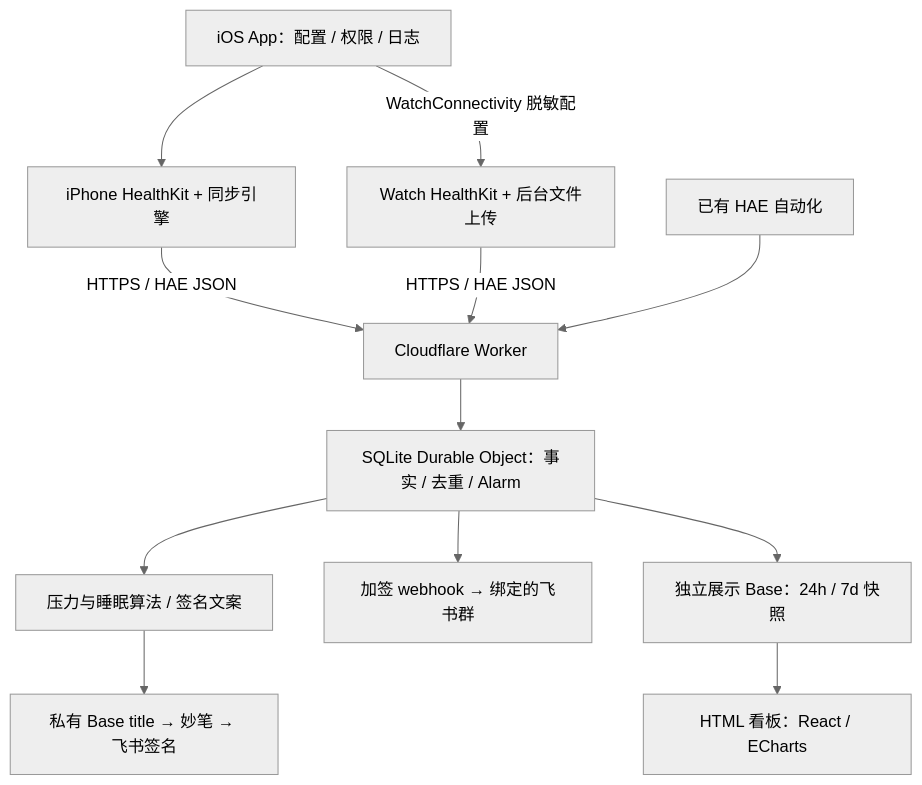
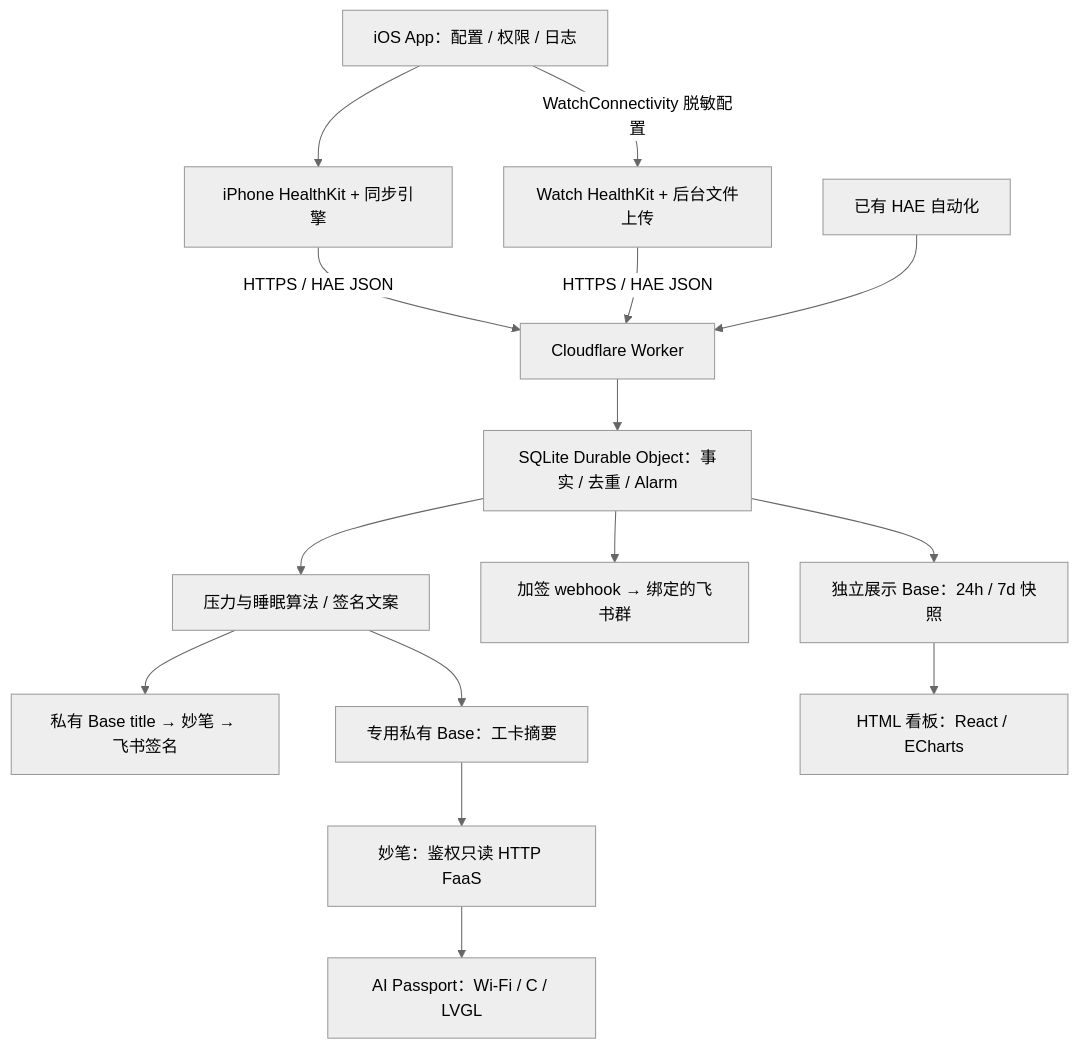
Before and after one commit to Julian0197/health-relay: the diagram in README.md, drawn with Mermaid (neutral theme). The commit also changed other lines of this file and 34 other files, not shown here.

````diff
--- a/README.md
+++ b/README.md
@@ -29,14 +30,17 @@
 ```mermaid
 flowchart TD
     Config[iOS App：配置 / 权限 / 日志] --> Phone[iPhone HealthKit + 同步引擎]
     Config -->|WatchConnectivity 脱敏配置| Watch[Watch HealthKit + 后台文件上传]
     Phone -->|HTTPS / HAE JSON| Worker[Cloudflare Worker]
     Watch -->|HTTPS / HAE JSON| Worker
     HAE[已有 HAE 自动化] --> Worker
     Worker --> Store[SQLite Durable Object：事实 / 去重 / Alarm]
     Store --> Score[压力与睡眠算法 / 签名文案]
     Score --> Signature[私有 Base title → 妙笔 → 飞书签名]
     Store --> Card[加签 webhook → 绑定的飞书群]
     Store --> Display[独立展示 Base：24h / 7d 快照]
     Display --> HTML[HTML 看板：React / ECharts]
+    Score --> BadgeCache[专用私有 Base：工卡摘要]
+    BadgeCache --> BadgeReader[妙笔：鉴权只读 HTTP FaaS]
+    BadgeReader --> Badge[AI Passport：Wi-Fi / C / LVGL]
 ```
````
